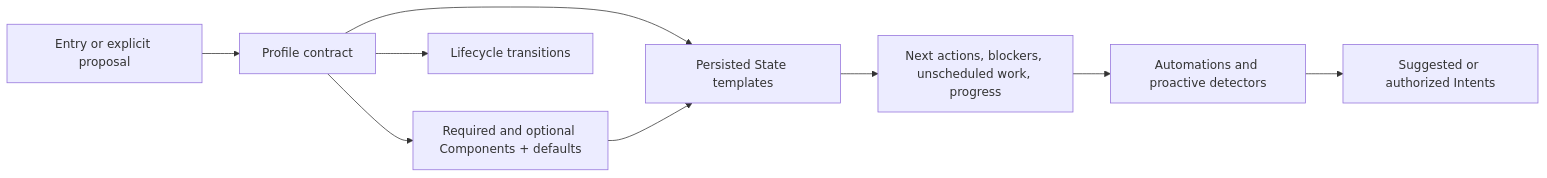
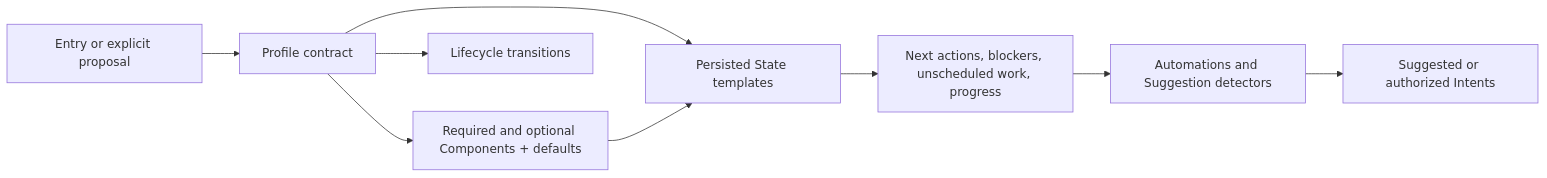
Before and after one commit to itmarck/wingman: the sixth of 9 diagrams in docs/flows.md, drawn with Mermaid. The commit also changed 114 other files, not shown here.

````diff
--- a/docs/flows.md
+++ b/docs/flows.md
@@ -108,11 +108,11 @@
 ```mermaid
 flowchart LR
     Capture[Entry or explicit proposal] --> Profile[Profile contract]
     Profile --> Compose[Required and optional Components + defaults]
     Profile --> Lifecycle[Lifecycle transitions]
     Profile --> State[Persisted State templates]
     Compose --> State
     State --> Views[Next actions, blockers, unscheduled work, progress]
-    Views --> Automations[Automations and proactive detectors]
+    Views --> Automations[Automations and Suggestion detectors]
     Automations --> Intents[Suggested or authorized Intents]
 ```
````
